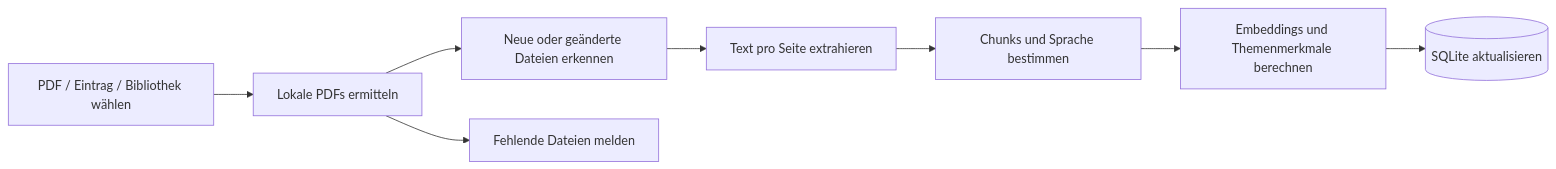
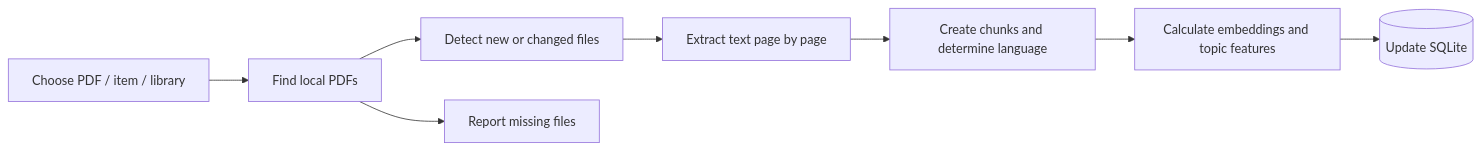
Before and after one commit to Cuzimnero/zitatlotse: the second of 5 diagrams in docs/WORKFLOWS.md, drawn with Mermaid. The commit also changed other lines of this file and 17 other files, not shown here.

````diff
--- a/docs/WORKFLOWS.md
+++ b/docs/WORKFLOWS.md
@@ -24,10 +24,10 @@
 ```mermaid
 flowchart LR
-    A[PDF / Eintrag / Bibliothek wählen] --> B[Lokale PDFs ermitteln]
-    B --> C[Neue oder geänderte Dateien erkennen]
-    C --> D[Text pro Seite extrahieren]
-    D --> E[Chunks und Sprache bestimmen]
-    E --> F[Embeddings und Themenmerkmale berechnen]
-    F --> G[(SQLite aktualisieren)]
-    B --> H[Fehlende Dateien melden]
+    A[Choose PDF / item / library] --> B[Find local PDFs]
+    B --> C[Detect new or changed files]
+    C --> D[Extract text page by page]
+    D --> E[Create chunks and determine language]
+    E --> F[Calculate embeddings and topic features]
+    F --> G[(Update SQLite)]
+    B --> H[Report missing files]
 ```
````
